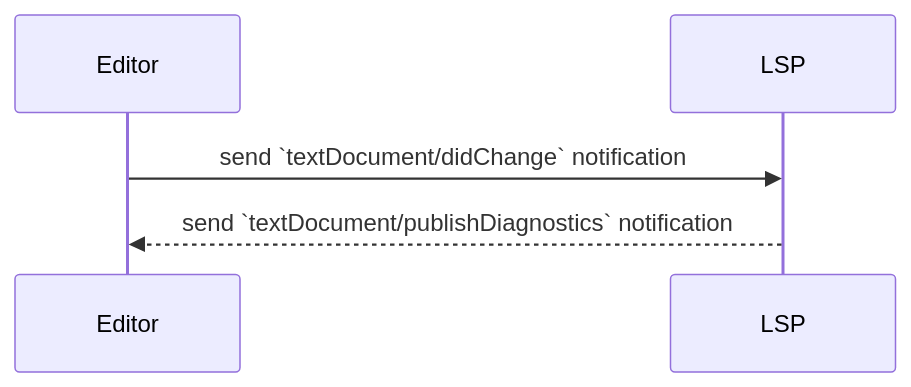
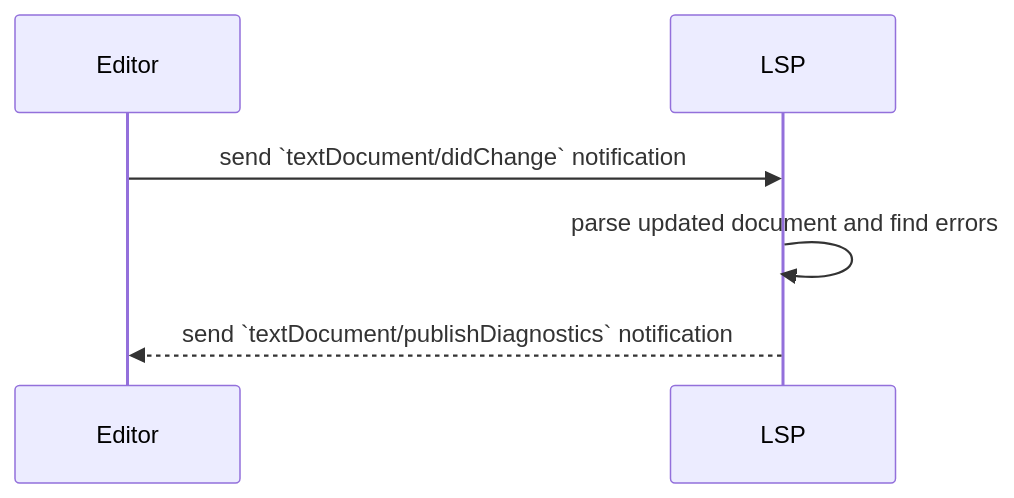
The eighth of 9 diagrams in slides.md (a-h/understanding-lsp), drawn with Mermaid before and after one commit. The commit also changed other lines of this file and 4 other files, not shown here.

````diff
--- a/slides.md
+++ b/slides.md
@@ -824,5 +1006,6 @@
 ```mermaid
 sequenceDiagram
-		Editor->>LSP: send `textDocument/didChange` notification
-		LSP-->>Editor: send `textDocument/publishDiagnostics` notification
+	Editor->>LSP: send `textDocument/didChange` notification
+	LSP->>LSP: parse updated document and find errors
+	LSP-->>Editor: send `textDocument/publishDiagnostics` notification
 ```
````
